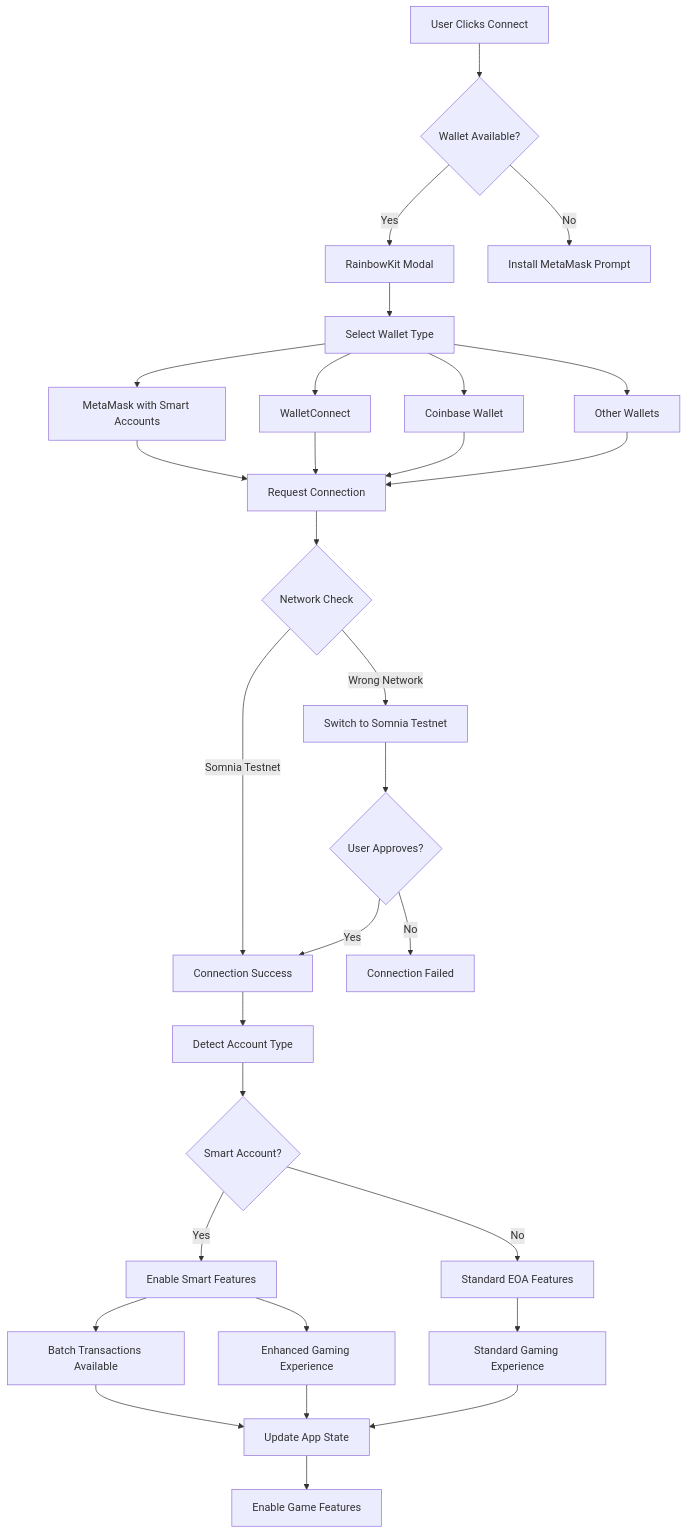
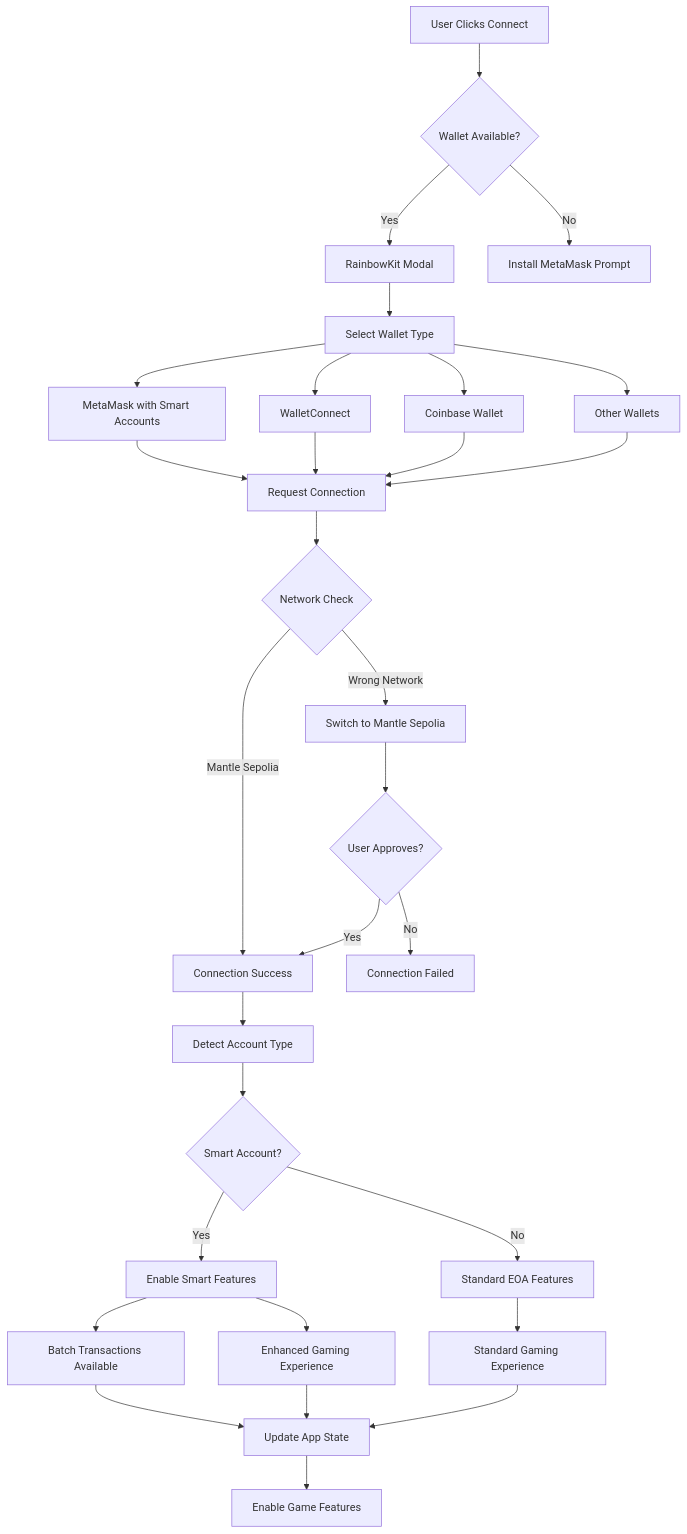
The second of 9 diagrams in README.md (AmaanSayyad/APT-Casino-Mantle), drawn with Mermaid before and after one commit. The commit also changed other lines of this file and 9 other files, not shown here.

````diff
--- a/README.md
+++ b/README.md
@@ -239,39 +239,39 @@
 ```mermaid
 flowchart TD
     A[User Clicks Connect] --> B{Wallet Available?}
     B -->|Yes| C[RainbowKit Modal]
     B -->|No| D[Install MetaMask Prompt]
     
     C --> E[Select Wallet Type]
     E --> F[MetaMask with Smart Accounts]
     E --> G[WalletConnect]
     E --> H[Coinbase Wallet]
     E --> I[Other Wallets]
     
     F --> K[Request Connection]
     G --> K
     H --> K
     I --> K
     
     K --> L{Network Check}
-    L -->|Somnia Testnet| M[Connection Success]
-    L -->|Wrong Network| N[Switch to Somnia Testnet]
+    L -->|Mantle Sepolia| M[Connection Success]
+    L -->|Wrong Network| N[Switch to Mantle Sepolia]
     
     N --> O{User Approves?}
     O -->|Yes| M
     O -->|No| P[Connection Failed]
     
     M --> Q[Detect Account Type]
     Q --> R{Smart Account?}
     R -->|Yes| S[Enable Smart Features]
     R -->|No| T[Standard EOA Features]
     
     S --> U[Batch Transactions Available]
     S --> V[Enhanced Gaming Experience]
     T --> W[Standard Gaming Experience]
     
     U --> X[Update App State]
     V --> X
     W --> X
     X --> Y[Enable Game Features]
 ```
````
